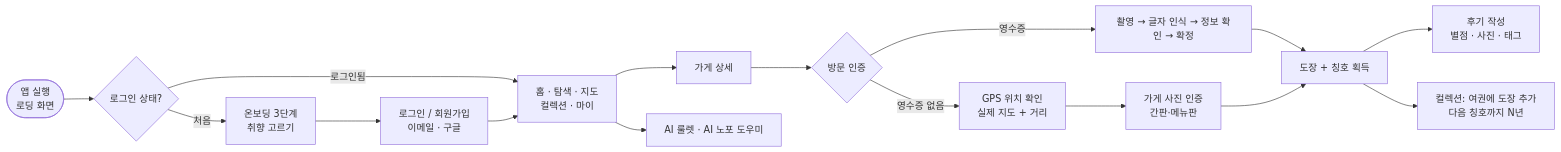
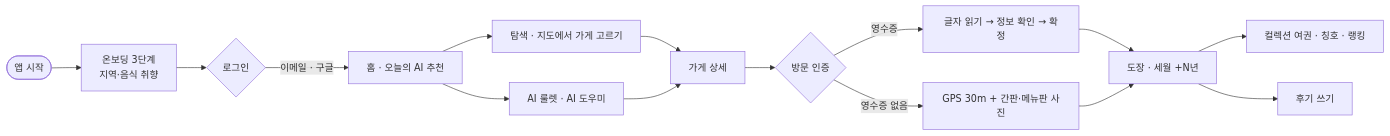
One commit to ohdangchan/NopoCheonnyeon changed the first of 5 diagrams in README.md. Above: the diagram before and after it, drawn with Mermaid. The commit also changed other lines of this file and 44 other files, not shown here.

````diff
--- a/README.md
+++ b/README.md
@@ -47,16 +85,17 @@
 ```mermaid
 flowchart LR
-    A([앱 실행<br/>로딩 화면]) --> B{로그인 상태?}
-    B -- 처음 --> C[온보딩 3단계<br/>취향 고르기] --> D[로그인 / 회원가입<br/>이메일 · 구글]
-    B -- 로그인됨 --> H
-    D --> H[홈 · 탐색 · 지도<br/>컬렉션 · 마이]
-    H --> S[가게 상세]
-    S --> V{방문 인증}
-    V -- 영수증 --> R[촬영 → 글자 인식 → 정보 확인 → 확정]
-    V -- 영수증 없음 --> G[GPS 위치 확인<br/>실제 지도 + 거리] --> P[가게 사진 인증<br/>간판·메뉴판]
-    R --> DONE[도장 + 칭호 획득]
-    P --> DONE
-    DONE --> RV[후기 작성<br/>별점 · 사진 · 태그]
-    DONE --> C2[컬렉션: 여권에 도장 추가<br/>다음 칭호까지 N년]
-    H --> AI[AI 룰렛 · AI 노포 도우미]
+    A([앱 시작]) --> B[온보딩 3단계<br/>지역·음식 취향]
+    B --> C{로그인}
+    C -->|이메일 · 구글| D[홈 · 오늘의 AI 추천]
+    D --> E[탐색 · 지도에서 가게 고르기]
+    E --> F[가게 상세]
+    F --> G{방문 인증}
+    G -->|영수증| H[글자 읽기 → 정보 확인 → 확정]
+    G -->|영수증 없음| I[GPS 30m + 간판·메뉴판 사진]
+    H --> J[도장 · 세월 +N년]
+    I --> J
+    J --> K[컬렉션 여권 · 칭호 · 랭킹]
+    J --> L[후기 쓰기]
+    D --> M[AI 룰렛 · AI 도우미]
+    M --> F
 ```
````
